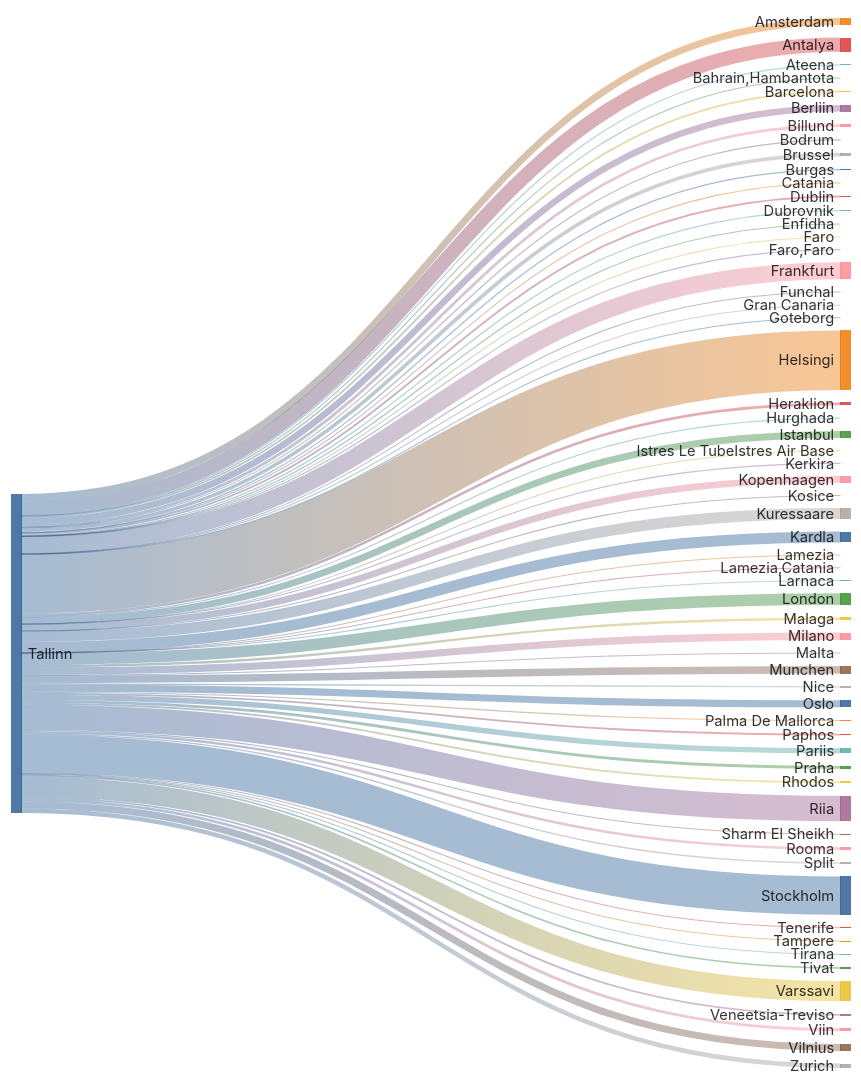
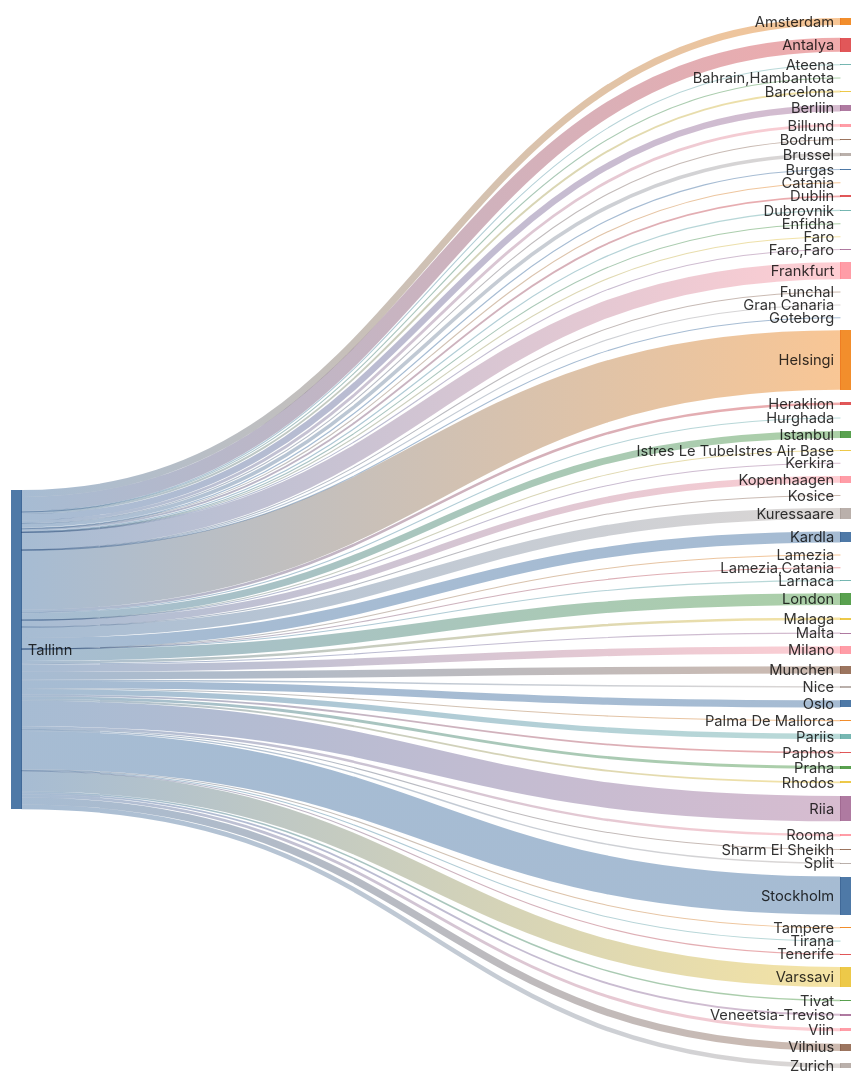
Before and after one commit to rainermesi/tll-airport-departures: the second of 2 diagrams in README.md, drawn with Mermaid. The commit also changed other lines of this file, not shown here.

````diff
--- a/README.md
+++ b/README.md
@@ -34,72 +34,72 @@
 ```mermaid
 ---
 config:
   sankey:
     showValues: false
     width: 800
     height: 1000
 ---
 sankey-beta
 %% source,target,value
-Tallinn,Amsterdam,120
+Tallinn,Amsterdam,122
 Tallinn,Antalya,247
 Tallinn,Ateena,16
 Tallinn,"Bahrain,Hambantota",1
 Tallinn,Barcelona,33
 Tallinn,Berliin,112
 Tallinn,Billund,49
 Tallinn,Bodrum,11
-Tallinn,Brussel,63
+Tallinn,Brussel,64
 Tallinn,Burgas,21
 Tallinn,Catania,2
 Tallinn,Dublin,32
 Tallinn,Dubrovnik,21
 Tallinn,Enfidha,7
 Tallinn,Faro,4
 Tallinn,"Faro,Faro",1
-Tallinn,Frankfurt,296
+Tallinn,Frankfurt,299
 Tallinn,Funchal,5
 Tallinn,Gran Canaria,7
 Tallinn,Goteborg,1
-Tallinn,Helsingi,1033
+Tallinn,Helsingi,1041
 Tallinn,Heraklion,46
 Tallinn,Hurghada,13
-Tallinn,Istanbul,119
+Tallinn,Istanbul,120
 Tallinn,Istres Le TubeIstres Air Base,2
 Tallinn,Kerkira,4
-Tallinn,Kopenhaagen,117
+Tallinn,Kopenhaagen,118
 Tallinn,Kosice,1
-Tallinn,Kuressaare,189
-Tallinn,Kardla,189
+Tallinn,Kuressaare,191
+Tallinn,Kardla,191
 Tallinn,Lamezia,1
 Tallinn,"Lamezia,Catania",3
 Tallinn,Larnaca,4
-Tallinn,London,202
-Tallinn,Malaga,43
+Tallinn,London,204
+Tallinn,Malaga,44
 Tallinn,Malta,15
-Tallinn,Milano,128
+Tallinn,Milano,129
 Tallinn,Munchen,131
 Tallinn,Nice,25
-Tallinn,Oslo,125
+Tallinn,Oslo,126
 Tallinn,Palma De Mallorca,19
 Tallinn,Paphos,31
-Tallinn,Pariis,93
+Tallinn,Pariis,94
 Tallinn,Praha,49
 Tallinn,Rhodos,32
-Tallinn,Riia,441
+Tallinn,Riia,445
 Tallinn,Rooma,44
 Tallinn,Sharm El Sheikh,15
 Tallinn,Split,25
-Tallinn,Stockholm,666
+Tallinn,Stockholm,668
 Tallinn,Tampere,17
 Tallinn,Tenerife,10
 Tallinn,Tirana,8
 Tallinn,Tivat,26
-Tallinn,Varssavi,348
+Tallinn,Varssavi,350
 Tallinn,Veneetsia-Treviso,32
 Tallinn,Viin,51
-Tallinn,Vilnius,123
-Tallinn,Zurich,79
+Tallinn,Vilnius,125
+Tallinn,Zurich,80
 
 
 ```
````
